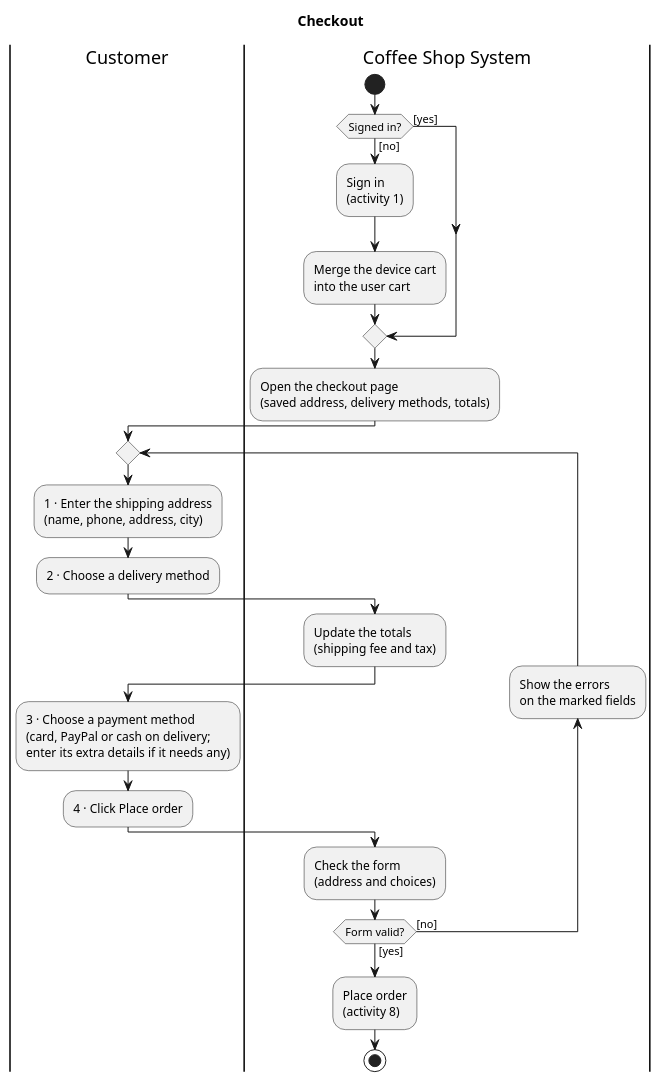
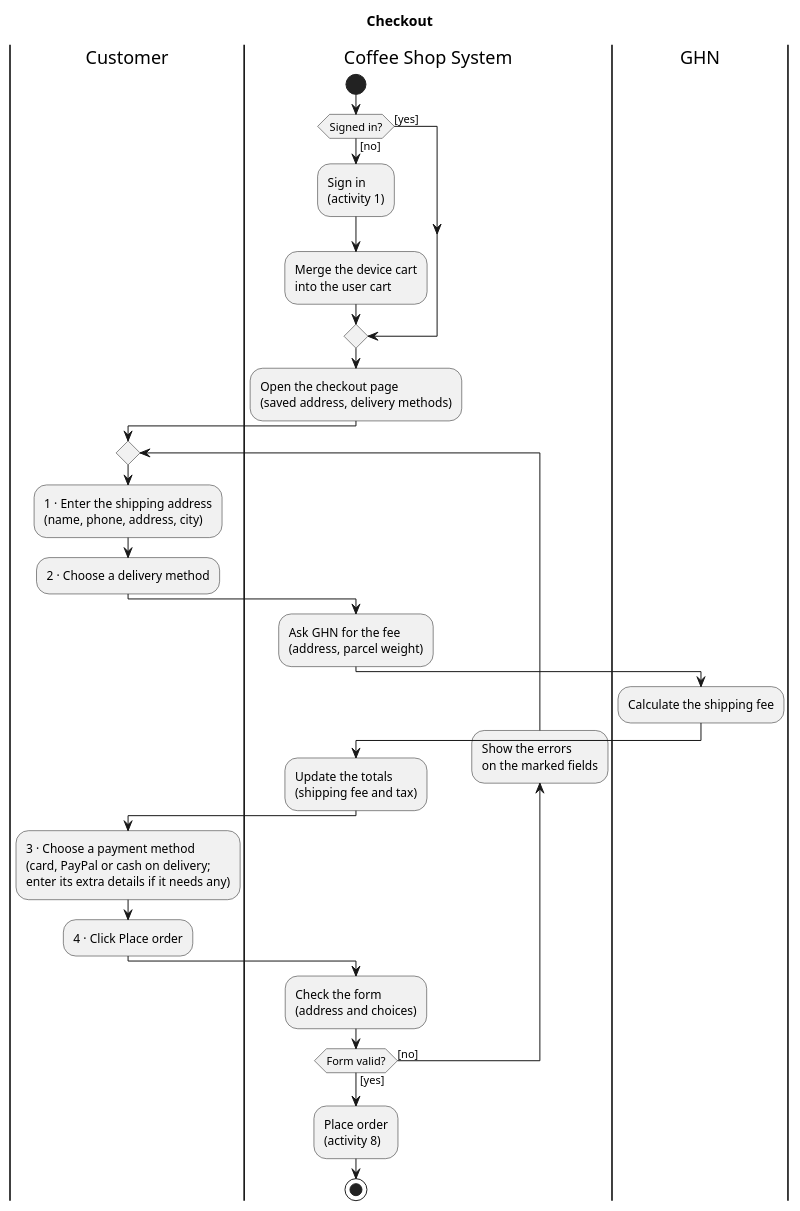
One commit to tiennguyen-agilityio/nestjs-training changed the diagram in docs/uml/activity-checkout.puml. Above: the diagram before and after it, drawn with PlantUML. The commit also changed 5 other files, not shown here.

Commit message:
docs: add GHN shipping and webhook flows to the UML activity diagrams

```diff
--- a/docs/uml/activity-checkout.puml
+++ b/docs/uml/activity-checkout.puml
@@ -1,37 +1,42 @@
 @startuml activity-checkout
 ' Checkout: from the cart to a valid order form. Signing in is asked here,
-' and the device cart is merged into the user cart. Placing the order is
-' its own activity (Place order).
+' and the device cart is merged into the user cart. GHN works out the
+' shipping fee. Placing the order is its own activity (Place order).
 
 title Checkout
 
 |Customer|
 |Coffee Shop System|
+|GHN|
 
 |Coffee Shop System|
 start
 if (Signed in?) then ([no])
   :Sign in\n(activity 1);
   :Merge the device cart\ninto the user cart;
 else ([yes])
 endif
-:Open the checkout page\n(saved address, delivery methods, totals);
+:Open the checkout page\n(saved address, delivery methods);
 
 |Customer|
 repeat
   :1 · Enter the shipping address\n(name, phone, address, city);
   :2 · Choose a delivery method;
+  |Coffee Shop System|
+  :Ask GHN for the fee\n(address, parcel weight);
+  |GHN|
+  :Calculate the shipping fee;
   |Coffee Shop System|
   :Update the totals\n(shipping fee and tax);
   |Customer|
   :3 · Choose a payment method\n(card, PayPal or cash on delivery;\nenter its extra details if it needs any);
   :4 · Click Place order;
   |Coffee Shop System|
   :Check the form\n(address and choices);
 backward :Show the errors\non the marked fields;
 repeat while (Form valid?) is ([no]) not ([yes])
 
 :Place order\n(activity 8);
 stop
 
 @enduml
```
